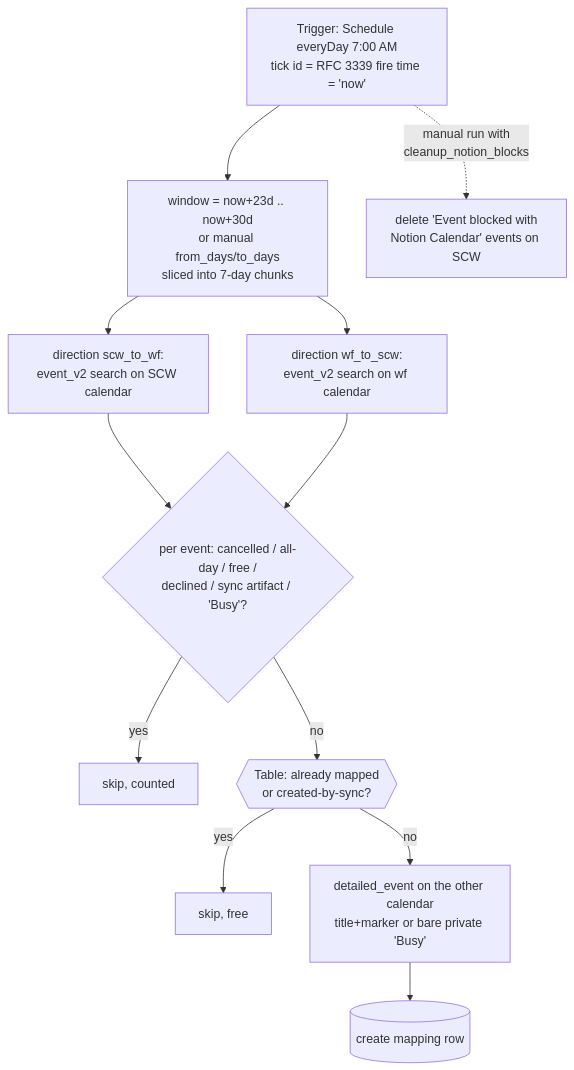
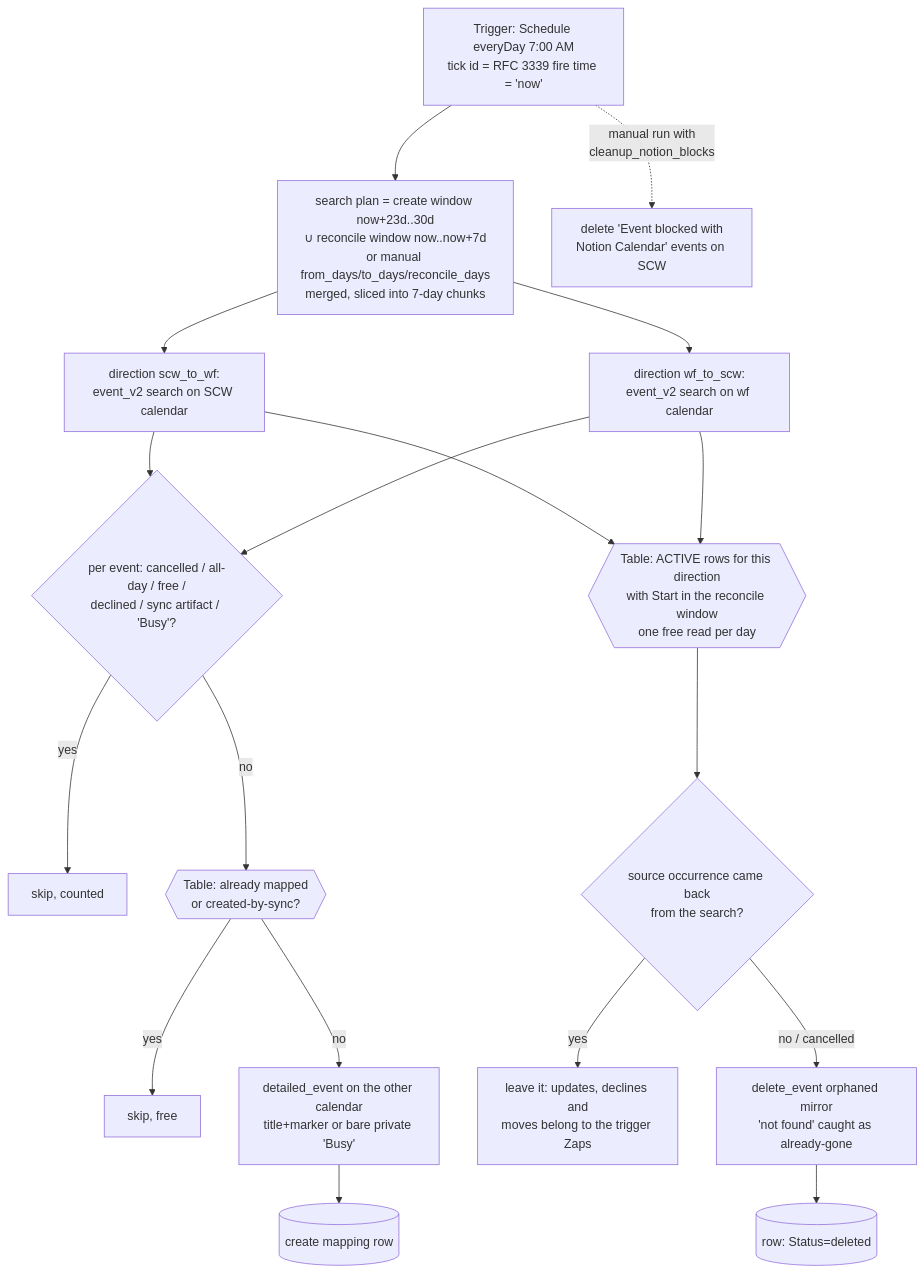
Before and after one commit to work-flowers/zapier-sdk: the diagram in gcal-block-sweep/README.md, drawn with Mermaid. The commit also changed other lines of this file and 6 other files, not shown here.

````diff
--- a/gcal-block-sweep/README.md
+++ b/gcal-block-sweep/README.md
@@ -7,13 +9,18 @@
 ```mermaid
 flowchart TD
-    T[Trigger: Schedule everyDay 7:00 AM\ntick id = RFC 3339 fire time = 'now'] --> W[window = now+23d .. now+30d\nor manual from_days/to_days\nsliced into 7-day chunks]
+    T[Trigger: Schedule everyDay 7:00 AM\ntick id = RFC 3339 fire time = 'now'] --> W[search plan = create window now+23d..30d\n∪ reconcile window now..now+7d\nor manual from_days/to_days/reconcile_days\nmerged, sliced into 7-day chunks]
     W --> D1[direction scw_to_wf:\nevent_v2 search on SCW calendar]
     W --> D2[direction wf_to_scw:\nevent_v2 search on wf calendar]
     D1 --> F{per event: cancelled / all-day / free /\ndeclined / sync artifact / 'Busy'?}
     D2 --> F
     F -- yes --> SK[skip, counted]
     F -- no --> M{{Table: already mapped\nor created-by-sync?}}
     M -- yes --> SK2[skip, free]
     M -- no --> CR[detailed_event on the other calendar\ntitle+marker or bare private 'Busy'] --> R[(create mapping row)]
+    D1 --> RC{{Table: ACTIVE rows for this direction\nwith Start in the reconcile window\none free read per day}}
+    D2 --> RC
+    RC --> O{source occurrence came back\nfrom the search?}
+    O -- yes --> SK3[leave it: updates, declines and\nmoves belong to the trigger Zaps]
+    O -- "no / cancelled" --> DEL[delete_event orphaned mirror\n'not found' caught as already-gone] --> RD[(row: Status=deleted)]
     T -.->|manual run with\ncleanup_notion_blocks| CL[delete 'Event blocked with\nNotion Calendar' events on SCW]
 ```
````
